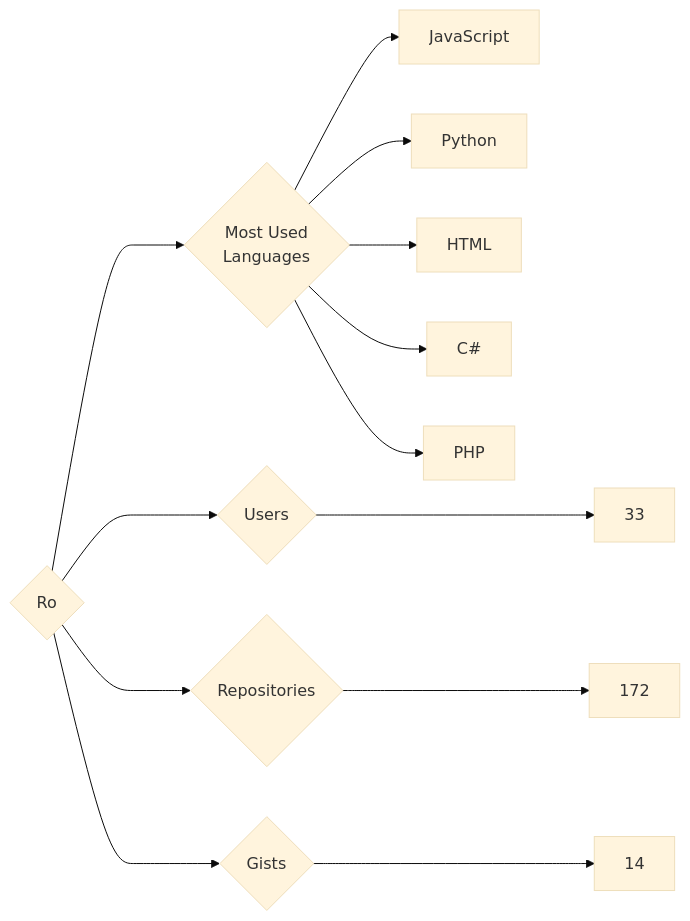
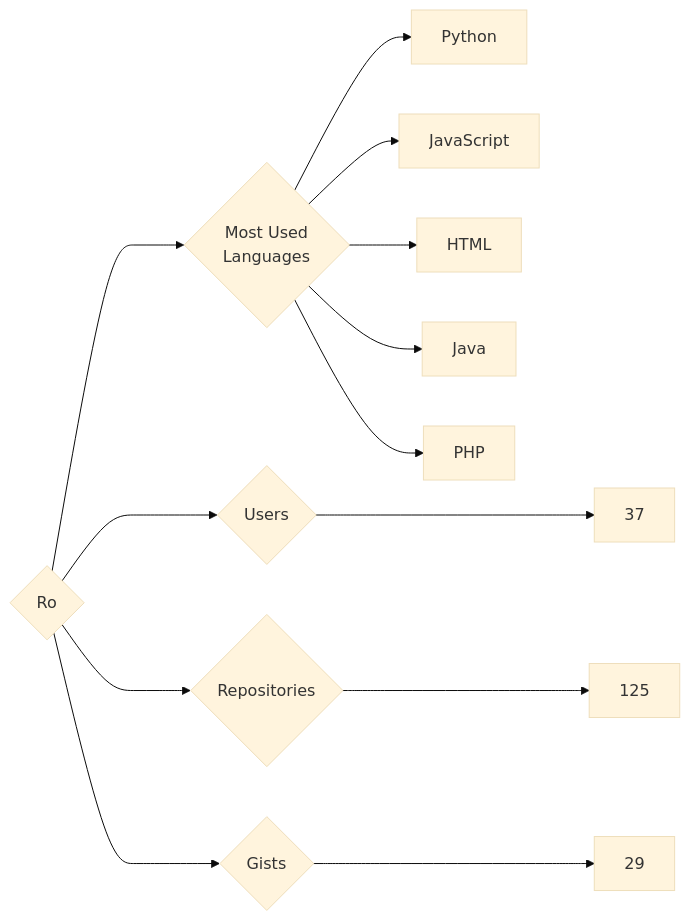
The diagram in targets/Ro/README.md (trickest/insiders), drawn with Mermaid (base theme) before and after one commit. The commit also changed 898 other files, not shown here.

````diff
--- a/targets/Ro/README.md
+++ b/targets/Ro/README.md
@@ -3,13 +3,13 @@
 ```mermaid
 graph LR
 COMPANY_NAME{Ro}
-COMPANY_NAME ---> U{Users} ---> UN[33]
-COMPANY_NAME ---> R{Repositories} ---> RN[172]
-COMPANY_NAME ---> G{Gists} ---> GN[14]
+COMPANY_NAME ---> U{Users} ---> UN[37]
+COMPANY_NAME ---> R{Repositories} ---> RN[125]
+COMPANY_NAME ---> G{Gists} ---> GN[29]
 COMPANY_NAME ---> ML{Most Used<br>Languages}
+ML --> Python[Python]
 ML --> JavaScript[JavaScript]
-ML --> Python[Python]
 ML --> HTML[HTML]
-ML --> C#[C#]
+ML --> Java[Java]
 ML --> PHP[PHP]
 ```
````
